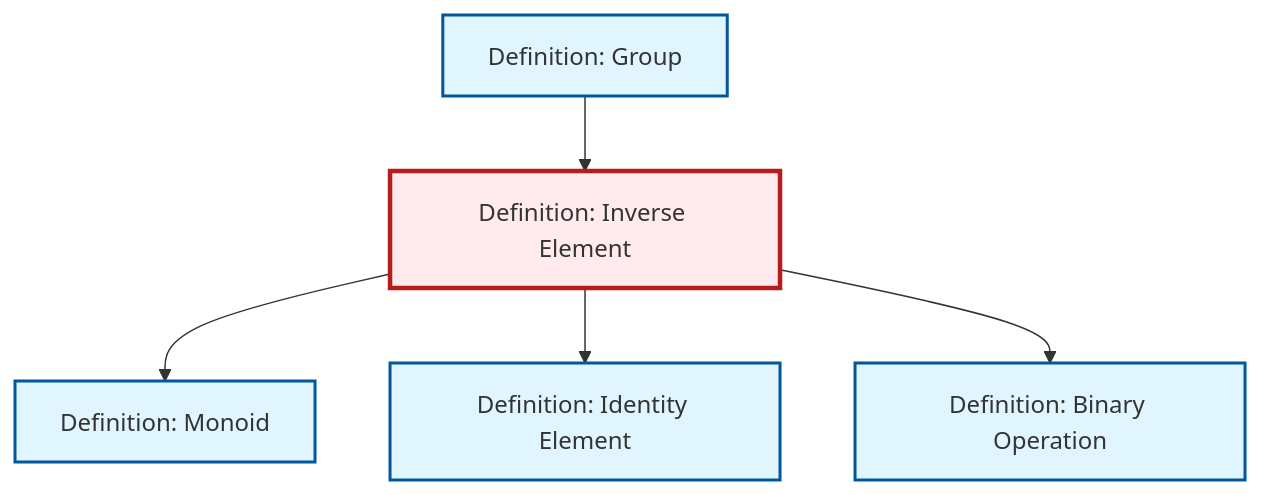
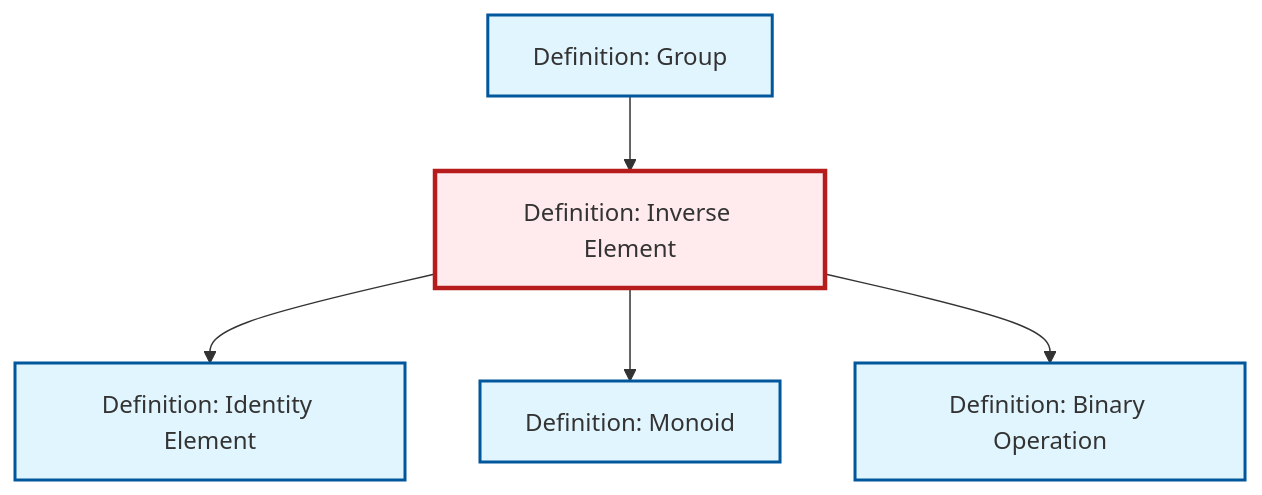
One commit to RK0429/ModernMath changed the diagram in content/ja/algebra/def-inverse-element.qmd. Above: the diagram before and after it, drawn with Mermaid. The commit also changed other lines of this file and 634 other files, not shown here.

````diff
--- a/content/ja/algebra/def-inverse-element.qmd
+++ b/content/ja/algebra/def-inverse-element.qmd
@@ -84,23 +84,23 @@
 ```{mermaid}
 %%| fig-cap: "Local dependency graph"
 graph TD
     classDef definition fill:#e1f5fe,stroke:#01579b,stroke-width:2px
     classDef theorem fill:#f3e5f5,stroke:#4a148c,stroke-width:2px
     classDef axiom fill:#fff3e0,stroke:#e65100,stroke-width:2px
     classDef example fill:#e8f5e9,stroke:#1b5e20,stroke-width:2px
     classDef current fill:#ffebee,stroke:#b71c1c,stroke-width:3px
+    def-monoid["Definition: Monoid"]:::definition
+    def-group["Definition: Group"]:::definition
     def-binary-operation["Definition: Binary Operation"]:::definition
-    def-group["Definition: Group"]:::definition
     def-inverse-element["Definition: Inverse Element"]:::definition
-    def-monoid["Definition: Monoid"]:::definition
     def-identity-element["Definition: Identity Element"]:::definition
+    def-inverse-element --> def-identity-element
     def-inverse-element --> def-monoid
     def-group --> def-inverse-element
-    def-inverse-element --> def-identity-element
     def-inverse-element --> def-binary-operation
     class def-inverse-element current
+    click def-monoid "def-monoid.html" "Definition: Monoidへ"
+    click def-group "def-group.html" "Definition: Groupへ"
     click def-binary-operation "def-binary-operation.html" "Definition: Binary Operationへ"
-    click def-group "def-group.html" "Definition: Groupへ"
-    click def-monoid "def-monoid.html" "Definition: Monoidへ"
     click def-identity-element "def-identity-element.html" "Definition: Identity Elementへ"
 ```
````
